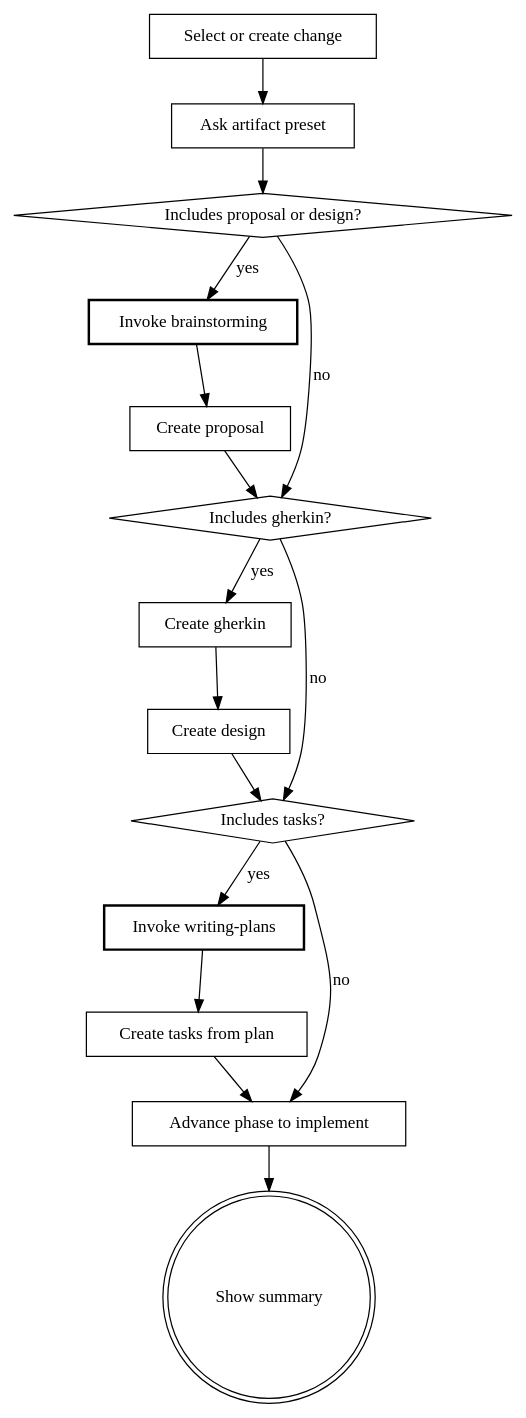
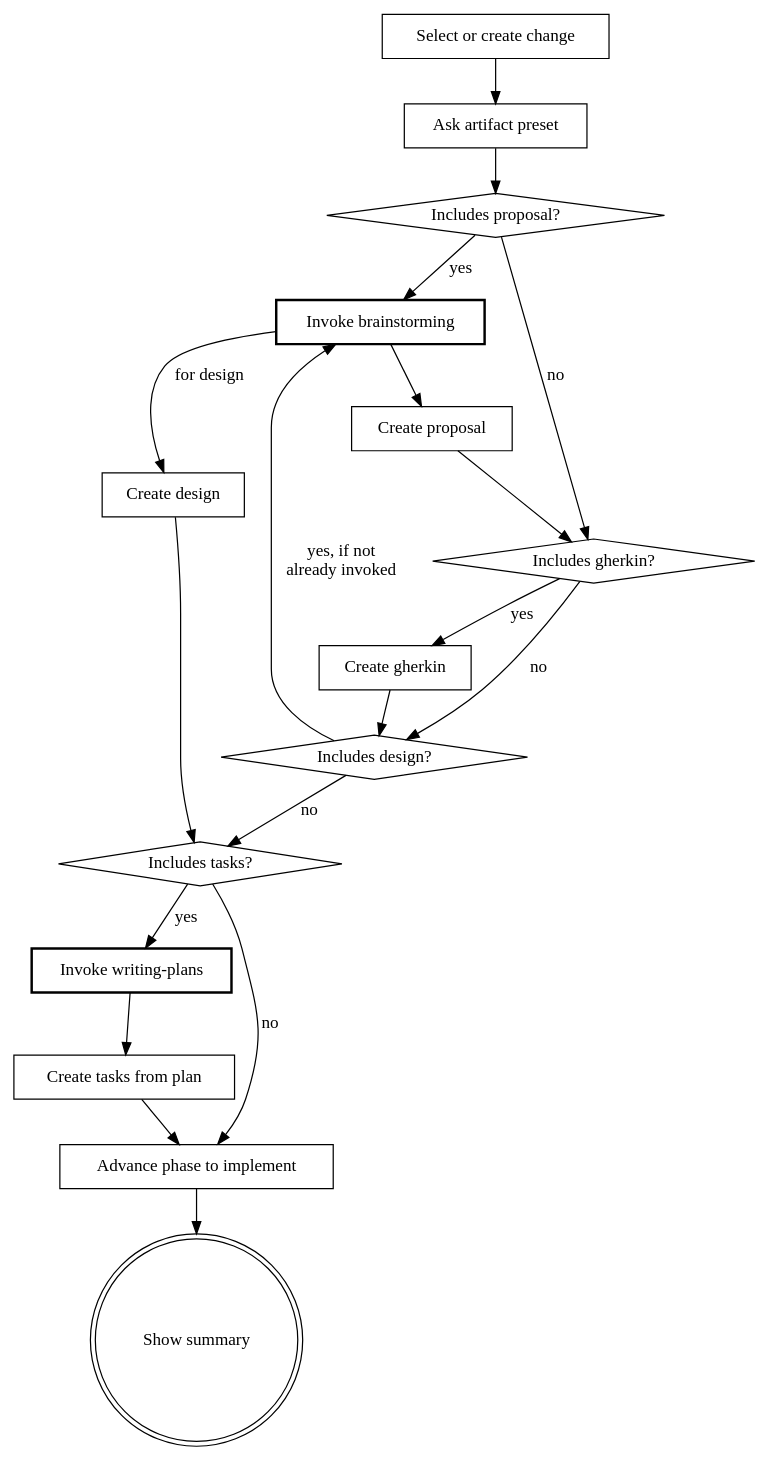
Before and after one commit to kirkchen/beat: the first of 2 diagrams in docs/superpowers/specs/2026-03-17-skill-precision-optimization-design.md, drawn with Graphviz. The commit also changed other lines of this file, not shown here.

First line of the commit message:
docs: fix spec issues from review — flowchart, ordering, validation

````diff
--- a/docs/superpowers/specs/2026-03-17-skill-precision-optimization-design.md
+++ b/docs/superpowers/specs/2026-03-17-skill-precision-optimization-design.md
@@ -151,33 +166,37 @@
 ```dot
 digraph ff {
     "Select or create change" [shape=box];
     "Ask artifact preset" [shape=box];
-    "Includes proposal or design?" [shape=diamond];
+    "Includes proposal?" [shape=diamond];
     "Invoke brainstorming" [shape=box, style=bold];
     "Create proposal" [shape=box];
     "Includes gherkin?" [shape=diamond];
     "Create gherkin" [shape=box];
+    "Includes design?" [shape=diamond];
     "Create design" [shape=box];
     "Includes tasks?" [shape=diamond];
     "Invoke writing-plans" [shape=box, style=bold];
     "Create tasks from plan" [shape=box];
     "Advance phase to implement" [shape=box];
     "Show summary" [shape=doublecircle];
 
     "Select or create change" -> "Ask artifact preset";
-    "Ask artifact preset" -> "Includes proposal or design?";
-    "Includes proposal or design?" -> "Invoke brainstorming" [label="yes"];
-    "Includes proposal or design?" -> "Includes gherkin?" [label="no"];
+    "Ask artifact preset" -> "Includes proposal?";
+    "Includes proposal?" -> "Invoke brainstorming" [label="yes"];
+    "Includes proposal?" -> "Includes gherkin?" [label="no"];
     "Invoke brainstorming" -> "Create proposal";
     "Create proposal" -> "Includes gherkin?";
     "Includes gherkin?" -> "Create gherkin" [label="yes"];
-    "Includes gherkin?" -> "Includes tasks?" [label="no"];
-    "Create gherkin" -> "Create design";
+    "Includes gherkin?" -> "Includes design?" [label="no"];
+    "Create gherkin" -> "Includes design?";
+    "Includes design?" -> "Invoke brainstorming" [label="yes, if not\nalready invoked"];
+    "Includes design?" -> "Includes tasks?" [label="no"];
+    "Invoke brainstorming" -> "Create design" [label="for design"];
     "Create design" -> "Includes tasks?";
     "Includes tasks?" -> "Invoke writing-plans" [label="yes"];
     "Includes tasks?" -> "Advance phase to implement" [label="no"];
     "Invoke writing-plans" -> "Create tasks from plan";
     "Create tasks from plan" -> "Advance phase to implement";
     "Advance phase to implement" -> "Show summary";
 }
 ```
````
